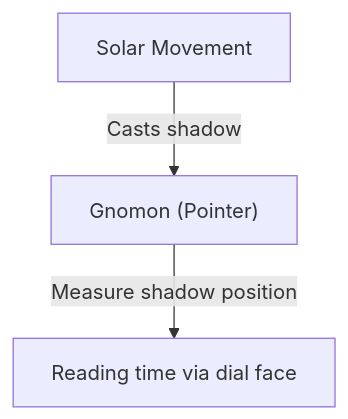
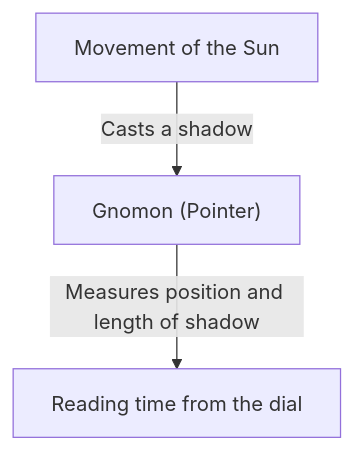
One commit to kenjinote/blog changed the first of 3 diagrams in content/post/history-of-timekeeping-technology/index.en.md. Above: the diagram before and after it, drawn with Mermaid. The commit also changed other lines of this file and 129 other files, not shown here.

````diff
--- a/content/post/history-of-timekeeping-technology/index.en.md
+++ b/content/post/history-of-timekeeping-technology/index.en.md
@@ -19,5 +22,5 @@
 ```mermaid
 graph TD
-    A["Solar Movement"] -- "Casts shadow" --> B["Gnomon (Pointer)"]
-    B -- "Measure shadow position" --> C["Reading time via dial face"]
+    A["Movement of the Sun"] -- "Casts a shadow" --> B["Gnomon (Pointer)"]
+    B -- "Measures position and length of shadow" --> C["Reading time from the dial"]
 ```
````
